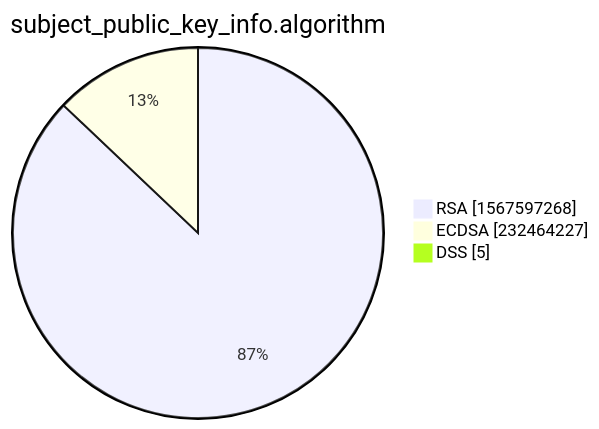
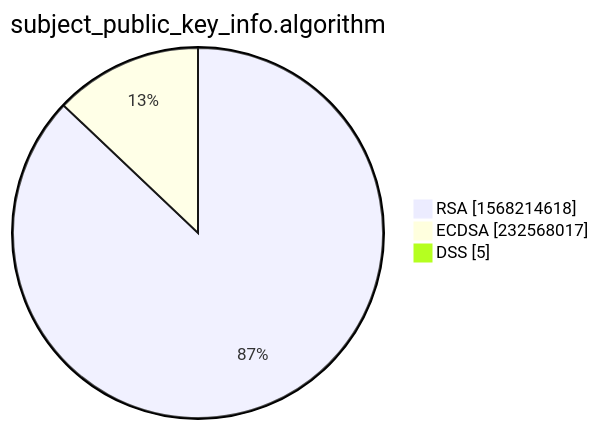
One commit to christiankrug/ctmonitor_visualization changed the third of 15 diagrams in xenon2022/README.md. Above: the diagram before and after it, drawn with Mermaid. The commit also changed other lines of this file, not shown here.

````diff
--- a/xenon2022/README.md
+++ b/xenon2022/README.md
@@ -14,7 +14,7 @@
 ```mermaid
 pie showData
 title subject_public_key_info.algorithm
-"RSA" :1567597268
-"ECDSA" :232464227
+"RSA" :1568214618
+"ECDSA" :232568017
 "DSS" :5
 ```
````
